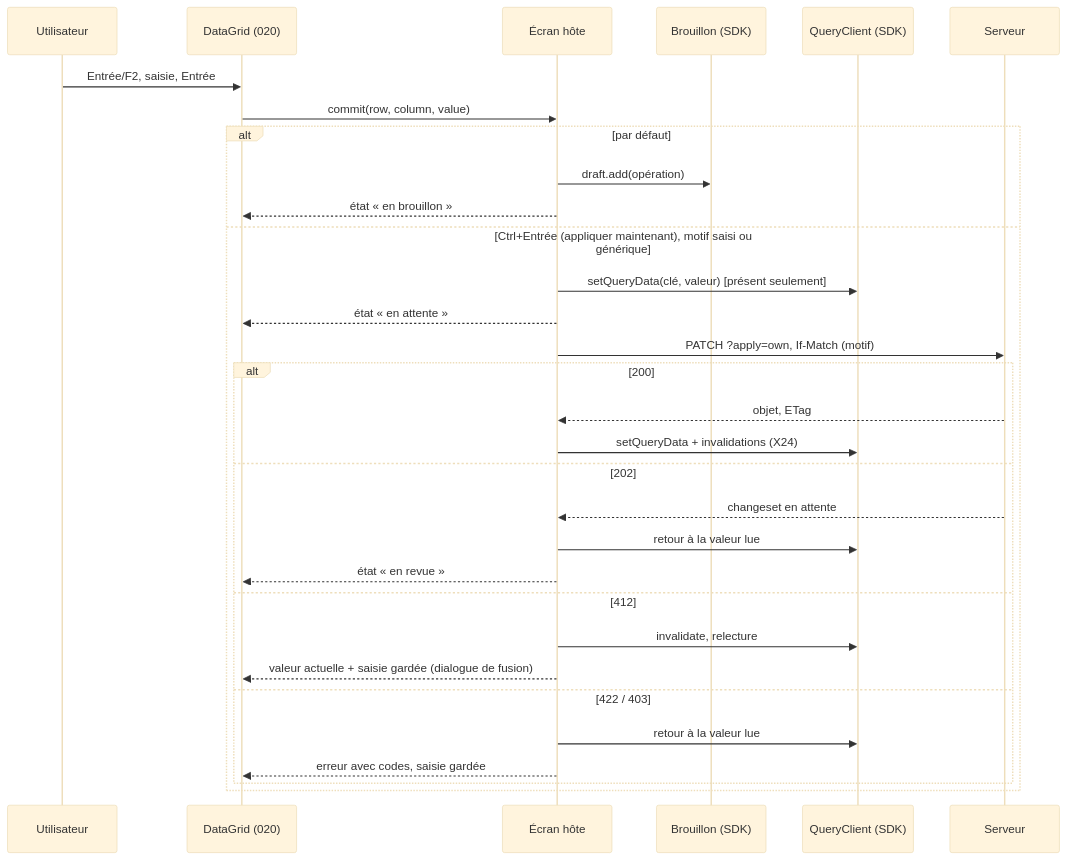
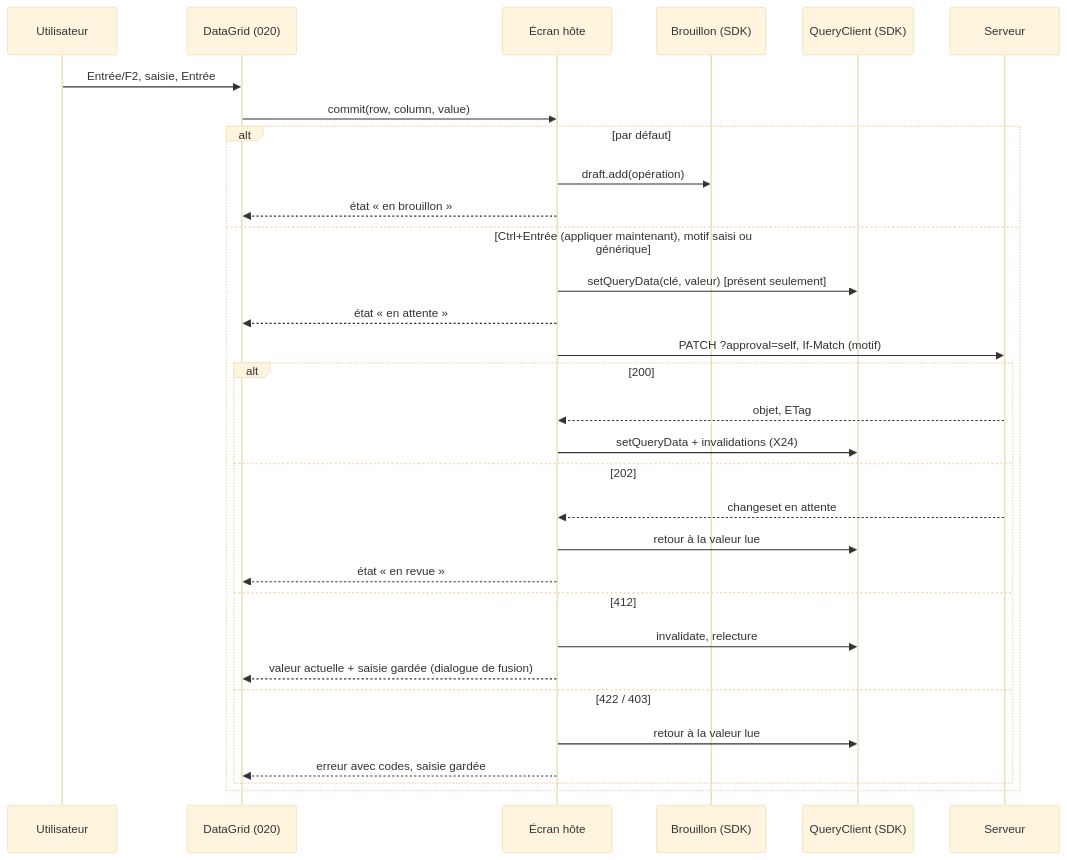
One commit to Cavernum/kartenn changed the second of 2 diagrams in specs/021-shell-v2/design.md. Above: the diagram before and after it, drawn with Mermaid (base theme). The commit also changed other lines of this file and 17 other files, not shown here.

First line of the commit message:
docs(spec): approval.self replaces apply_own

````diff
--- a/specs/021-shell-v2/design.md
+++ b/specs/021-shell-v2/design.md
@@ -337,33 +337,33 @@
 ```mermaid
 sequenceDiagram
   participant U as Utilisateur
   participant G as DataGrid (020)
   participant H as Écran hôte
   participant D as Brouillon (SDK)
   participant Q as QueryClient (SDK)
   participant S as Serveur
   U->>G: Entrée/F2, saisie, Entrée
   G->>H: commit(row, column, value)
   alt par défaut
     H->>D: draft.add(opération)
     H-->>G: état « en brouillon »
   else Ctrl+Entrée (appliquer maintenant), motif saisi ou générique
     H->>Q: setQueryData(clé, valeur) [présent seulement]
     H-->>G: état « en attente »
-    H->>S: PATCH ?apply=own, If-Match (motif)
+    H->>S: PATCH ?approval=self, If-Match (motif)
     alt 200
       S-->>H: objet, ETag
       H->>Q: setQueryData + invalidations (X24)
     else 202
       S-->>H: changeset en attente
       H->>Q: retour à la valeur lue
       H-->>G: état « en revue »
     else 412
       H->>Q: invalidate, relecture
       H-->>G: valeur actuelle + saisie gardée (dialogue de fusion)
     else 422 / 403
       H->>Q: retour à la valeur lue
       H-->>G: erreur avec codes, saisie gardée
     end
   end
 ```
````
